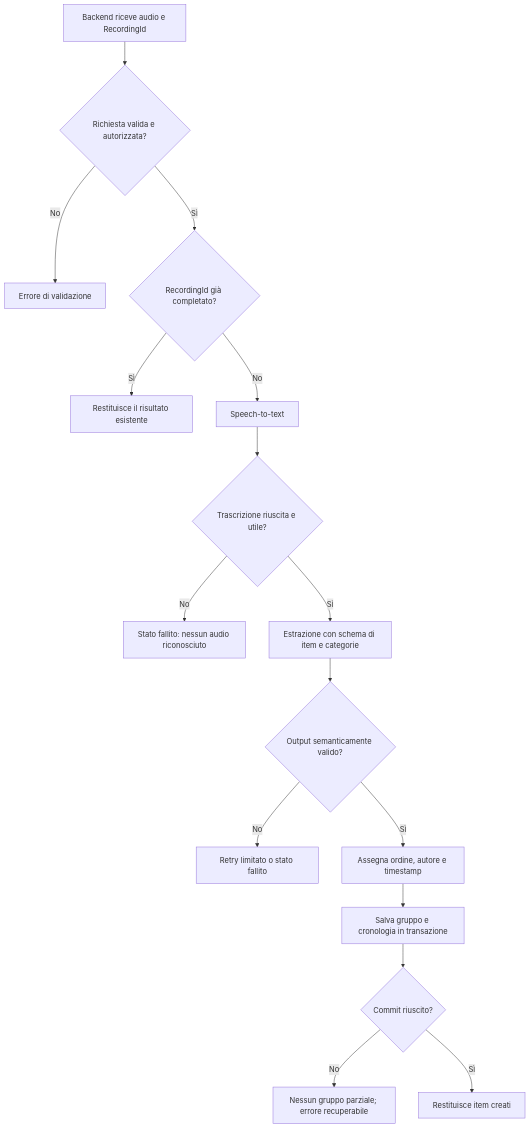
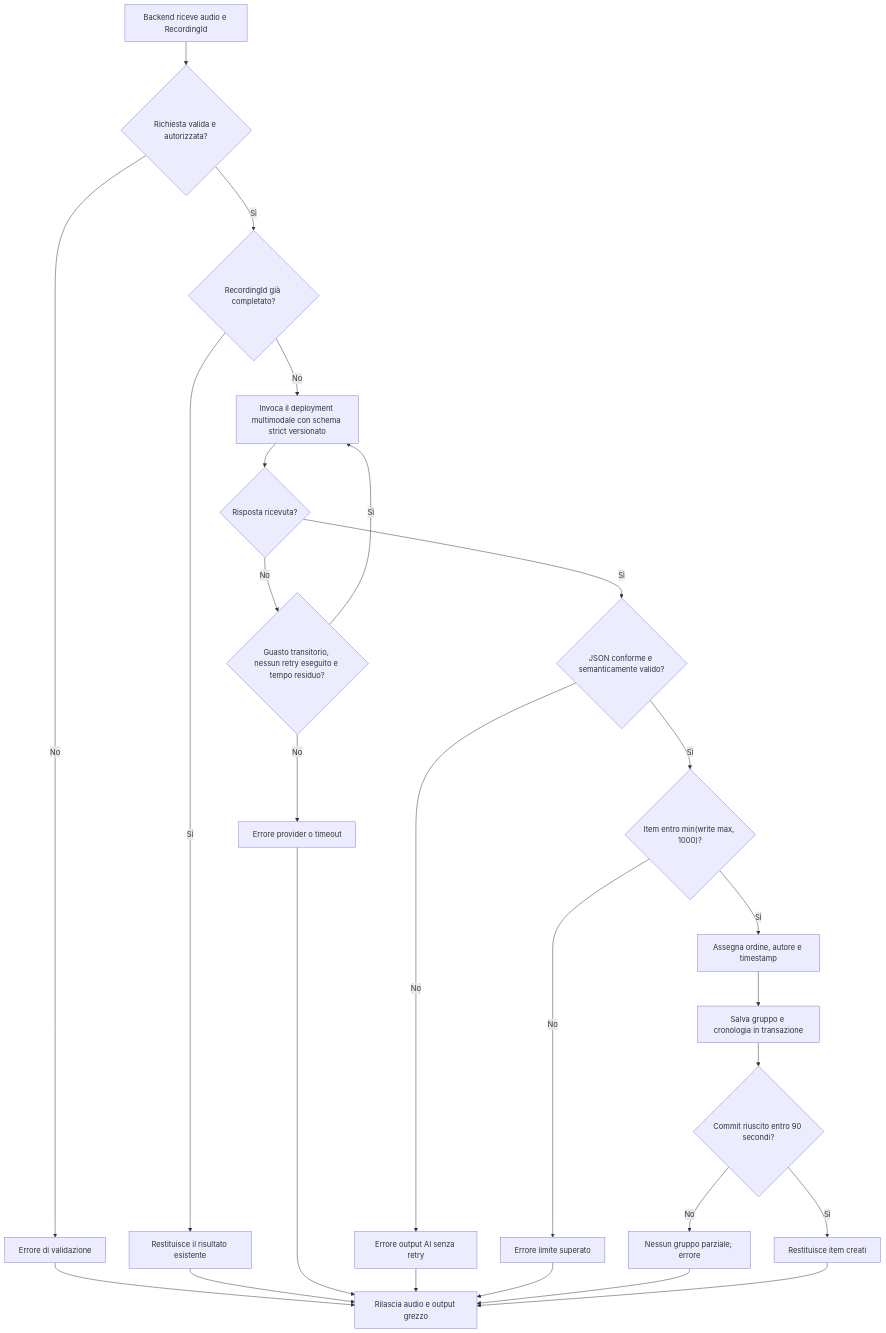
The first of 2 diagrams in docs/kinlist/research/tasks/voice-to-list-ai/research.md (martinabruni/DA.KinHub), drawn with Mermaid before and after one commit. The commit also changed other lines of this file and 17 other files, not shown here.

````diff
--- a/docs/kinlist/research/tasks/voice-to-list-ai/research.md
+++ b/docs/kinlist/research/tasks/voice-to-list-ai/research.md
@@ -101,18 +98,28 @@
 ```mermaid
 flowchart TD
     A["Backend riceve audio e RecordingId"] --> B{"Richiesta valida e autorizzata?"}
     B -- No --> C["Errore di validazione"]
     B -- Sì --> D{"RecordingId già completato?"}
     D -- Sì --> E["Restituisce il risultato esistente"]
-    D -- No --> F["Speech-to-text"]
-    F --> G{"Trascrizione riuscita e utile?"}
-    G -- No --> H["Stato fallito: nessun audio riconosciuto"]
-    G -- Sì --> I["Estrazione con schema di item e categorie"]
-    I --> J{"Output semanticamente valido?"}
-    J -- No --> K["Retry limitato o stato fallito"]
-    J -- Sì --> L["Assegna ordine, autore e timestamp"]
-    L --> M["Salva gruppo e cronologia in transazione"]
-    M --> N{"Commit riuscito?"}
-    N -- No --> O["Nessun gruppo parziale; errore recuperabile"]
-    N -- Sì --> P["Restituisce item creati"]
+    D -- No --> F["Invoca il deployment multimodale con schema strict versionato"]
+    F --> G{"Risposta ricevuta?"}
+    G -- No --> H{"Guasto transitorio, nessun retry eseguito e tempo residuo?"}
+    H -- Sì --> F
+    H -- No --> I["Errore provider o timeout"]
+    G -- Sì --> J{"JSON conforme e semanticamente valido?"}
+    J -- No --> K["Errore output AI senza retry"]
+    J -- Sì --> L{"Item entro min(write max, 1000)?"}
+    L -- No --> M["Errore limite superato"]
+    L -- Sì --> N["Assegna ordine, autore e timestamp"]
+    N --> O["Salva gruppo e cronologia in transazione"]
+    O --> P{"Commit riuscito entro 90 secondi?"}
+    P -- No --> Q["Nessun gruppo parziale; errore"]
+    P -- Sì --> R["Restituisce item creati"]
+    C --> S["Rilascia audio e output grezzo"]
+    E --> S
+    I --> S["Rilascia audio e output grezzo"]
+    K --> S
+    M --> S
+    Q --> S
+    R --> S
 ```
````
